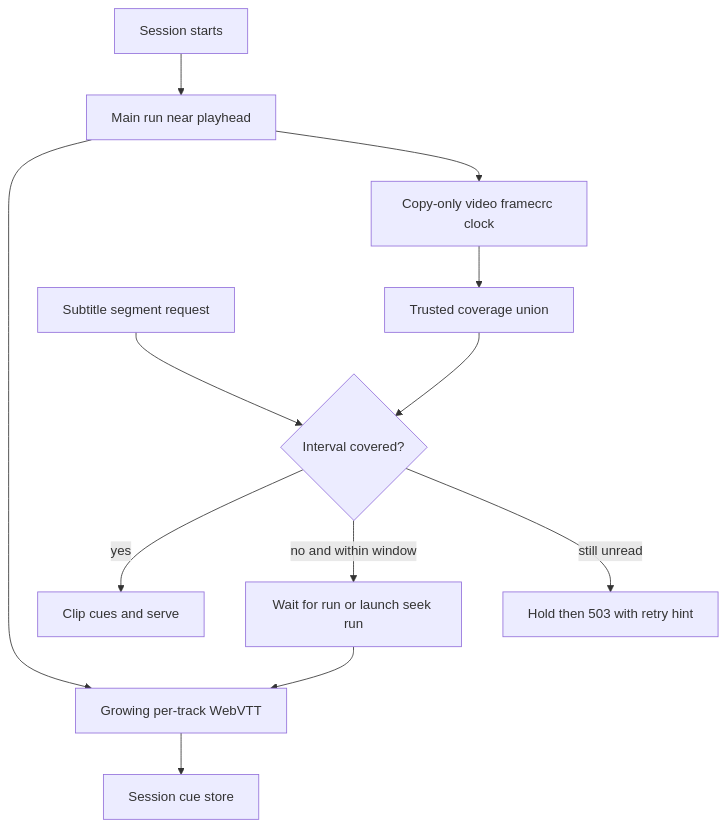
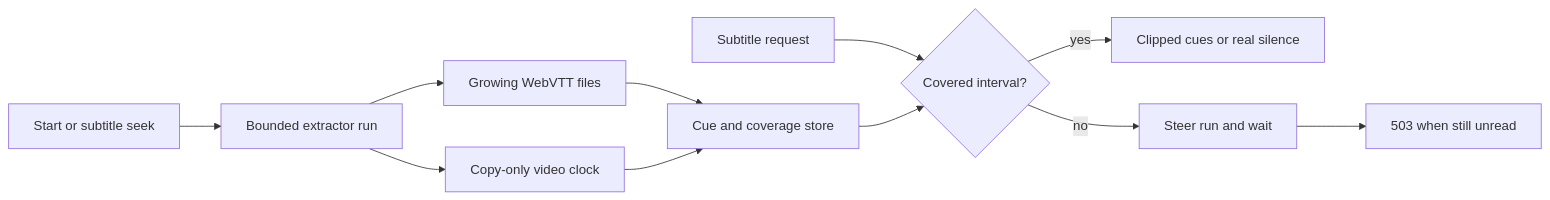
Before and after one commit to VeroxAUS/homestream: the diagram in droid-wiki/systems/playback/subtitles.md, drawn with Mermaid. The commit also changed other lines of this file and 57 other files, not shown here.

````diff
--- a/droid-wiki/systems/playback/subtitles.md
+++ b/droid-wiki/systems/playback/subtitles.md
@@ -39,14 +17,13 @@
 ```mermaid
-flowchart TD
-    Start[Session starts] --> Run[Main run near playhead]
-    Run --> Vtt[Growing per-track WebVTT]
-    Run --> Clock[Copy-only video framecrc clock]
-    Vtt --> Store[Session cue store]
-    Clock --> Coverage[Trusted coverage union]
-    Request[Subtitle segment request] --> Check{Interval covered?}
-    Coverage --> Check
-    Check -->|yes| Render[Clip cues and serve]
-    Check -->|no and within window| Seek[Wait for run or launch seek run]
-    Seek --> Vtt
-    Check -->|still unread| Retry[Hold then 503 with retry hint]
+graph LR
+    Start[Start or subtitle seek] --> Run[Bounded extractor run]
+    Run --> VTT[Growing WebVTT files]
+    Run --> Clock[Copy-only video clock]
+    VTT --> Store[Cue and coverage store]
+    Clock --> Store
+    Request[Subtitle request] --> Covered{Covered interval?}
+    Store --> Covered
+    Covered -->|yes| Render[Clipped cues or real silence]
+    Covered -->|no| Wait[Steer run and wait]
+    Wait --> Retry[503 when still unread]
 ```
````
